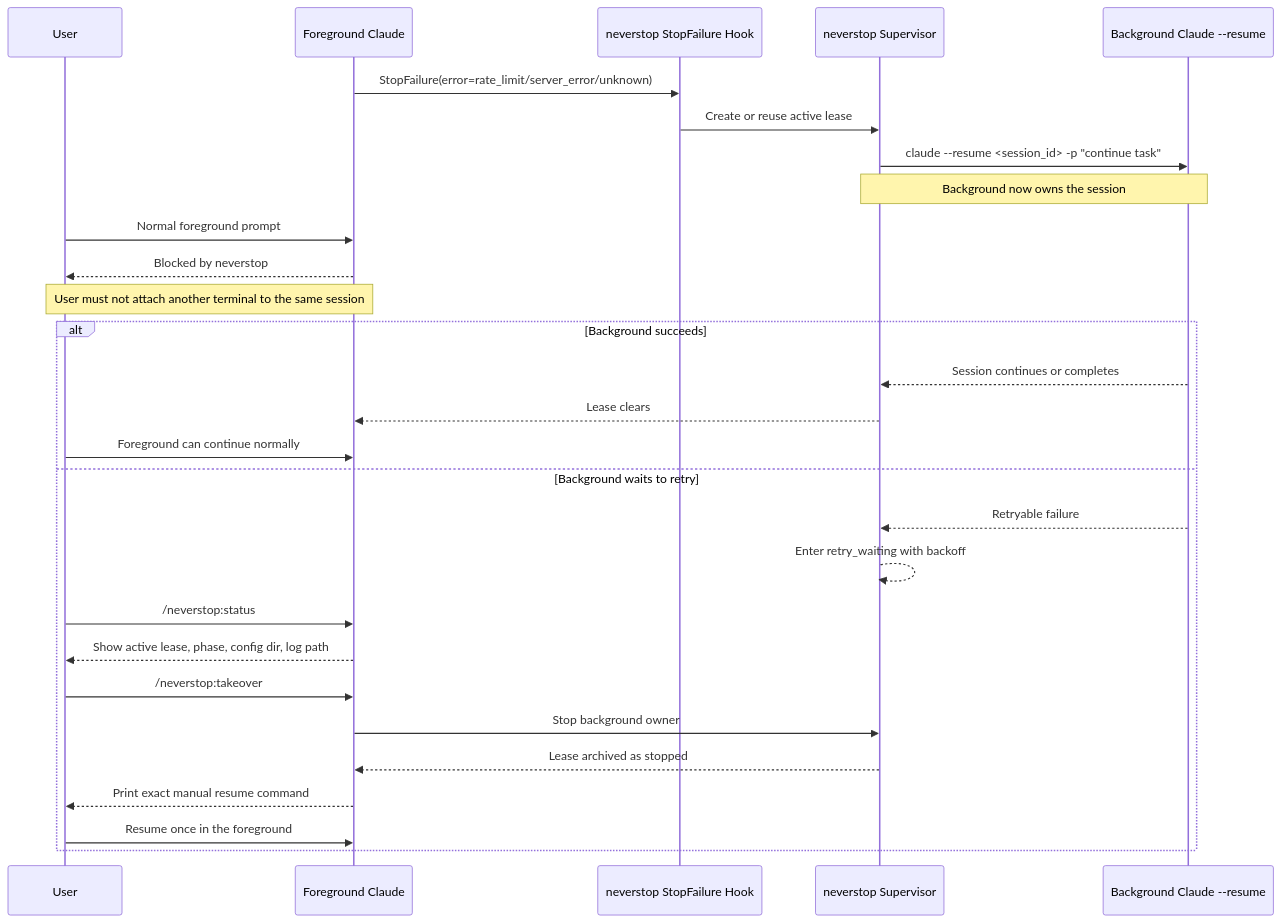
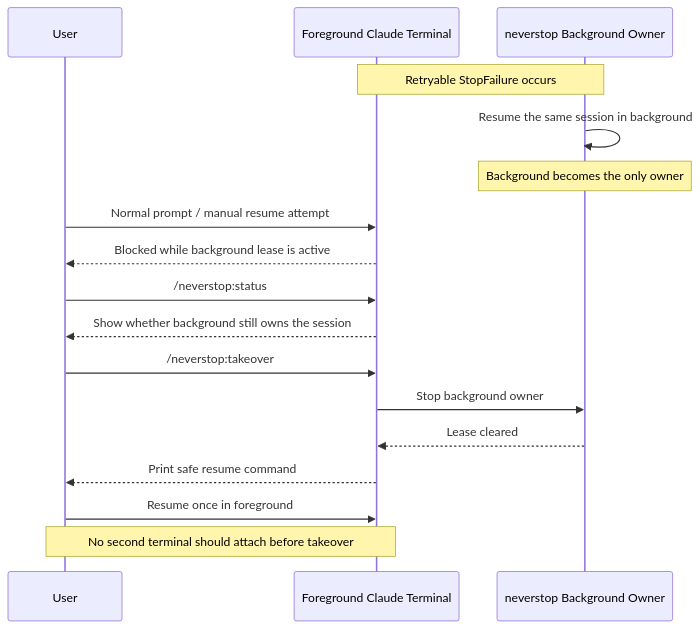
The diagram in README.md (hyjack-00/cc-neverstop), drawn with Mermaid before and after one commit. The commit also changed other lines of this file and 2 other files, not shown here.

Commit message:
update figure

````diff
--- a/README.md
+++ b/README.md
@@ -66,33 +66,24 @@
 ```mermaid
 sequenceDiagram
     participant U as User
-    participant F as Foreground Claude
-    participant H as neverstop StopFailure Hook
-    participant S as neverstop Supervisor
-    participant B as Background Claude --resume
+    participant FG as Foreground Claude Terminal
+    participant BG as neverstop Background Owner
 
-    F->>H: StopFailure(error=rate_limit/server_error/unknown)
-    H->>S: Create or reuse active lease
-    S->>B: claude --resume <session_id> -p "continue task"
-    Note over S,B: Background now owns the session
+    Note over FG,BG: Retryable StopFailure occurs
+    BG->>BG: Resume the same session in background
+    Note over BG: Background becomes the only owner
 
-    U->>F: Normal foreground prompt
-    F-->>U: Blocked by neverstop
-    Note over U,F: User must not attach another terminal to the same session
+    U->>FG: Normal prompt / manual resume attempt
+    FG-->>U: Blocked while background lease is active
 
-    alt Background succeeds
-        B-->>S: Session continues or completes
-        S-->>F: Lease clears
-        U->>F: Foreground can continue normally
-    else Background waits to retry
-        B-->>S: Retryable failure
-        S-->>S: Enter retry_waiting with backoff
-        U->>F: /neverstop:status
-        F-->>U: Show active lease, phase, config dir, log path
-        U->>F: /neverstop:takeover
-        F->>S: Stop background owner
-        S-->>F: Lease archived as stopped
-        F-->>U: Print exact manual resume command
-        U->>F: Resume once in the foreground
-    end
+    U->>FG: /neverstop:status
+    FG-->>U: Show whether background still owns the session
+
+    U->>FG: /neverstop:takeover
+    FG->>BG: Stop background owner
+    BG-->>FG: Lease cleared
+    FG-->>U: Print safe resume command
+
+    U->>FG: Resume once in foreground
+    Note over U,FG: No second terminal should attach before takeover
 ```
````
